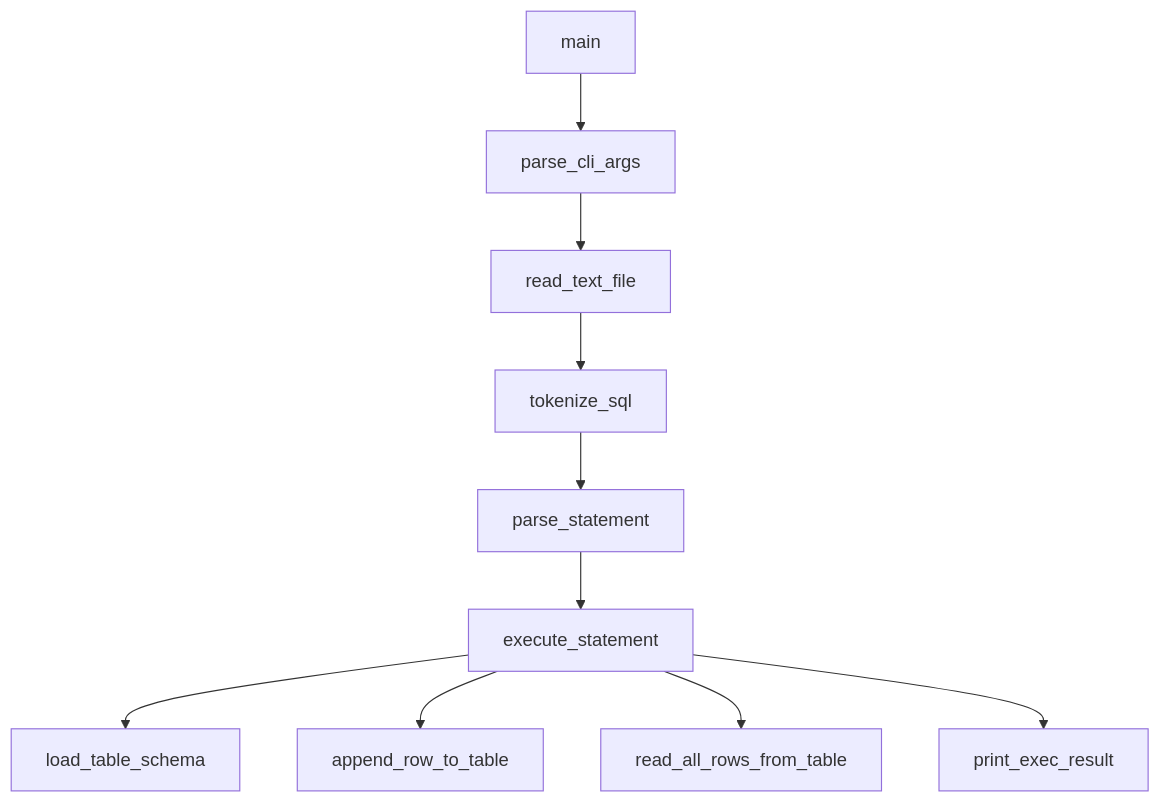
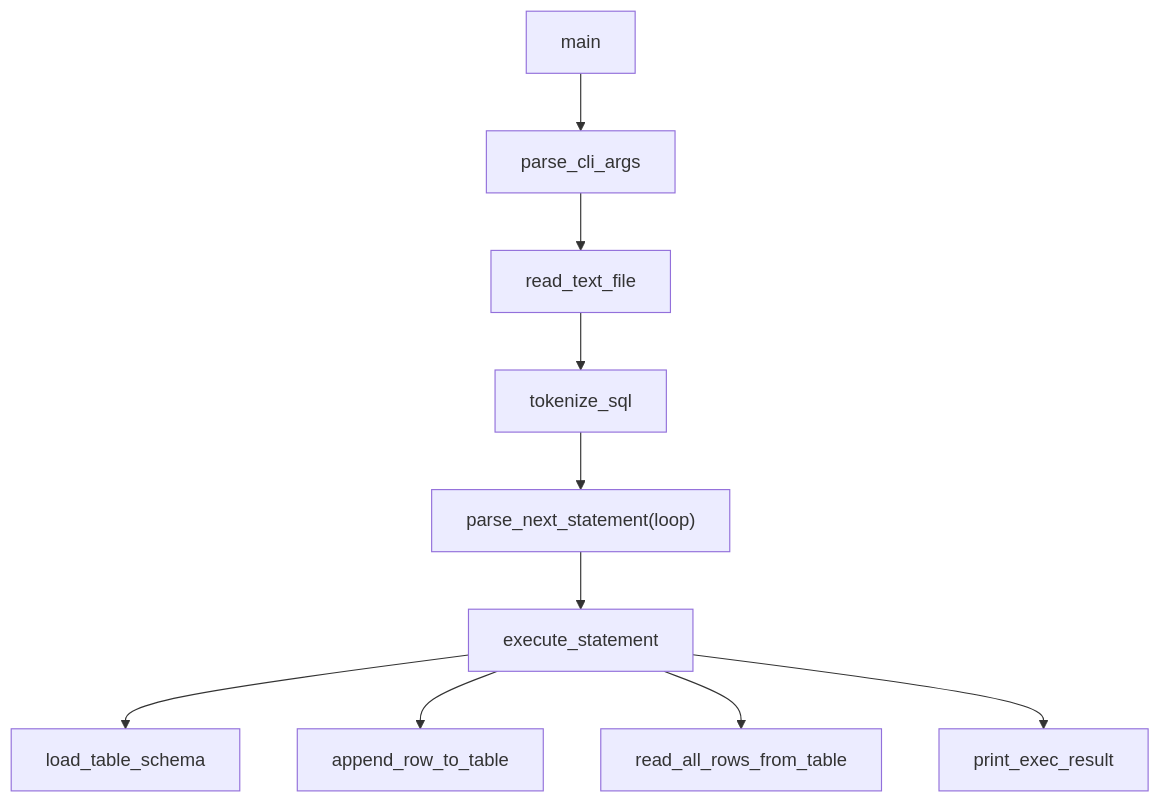
One commit to whiskend/sql-parser-engine changed the fourth of 14 diagrams in README.md. Above: the diagram before and after it, drawn with Mermaid. The commit also changed other lines of this file and 16 other files, not shown here.

````diff
--- a/README.md
+++ b/README.md
@@ -103,12 +104,12 @@
 ```mermaid
 flowchart TD
     M["main"] --> C1["parse_cli_args"]
     C1 --> U1["read_text_file"]
     U1 --> L1["tokenize_sql"]
-    L1 --> P1["parse_statement"]
+    L1 --> P1["parse_next_statement(loop)"]
     P1 --> E1["execute_statement"]
     E1 --> S1["load_table_schema"]
     E1 --> S2["append_row_to_table"]
     E1 --> S3["read_all_rows_from_table"]
     E1 --> R1["print_exec_result"]
 ```
````
